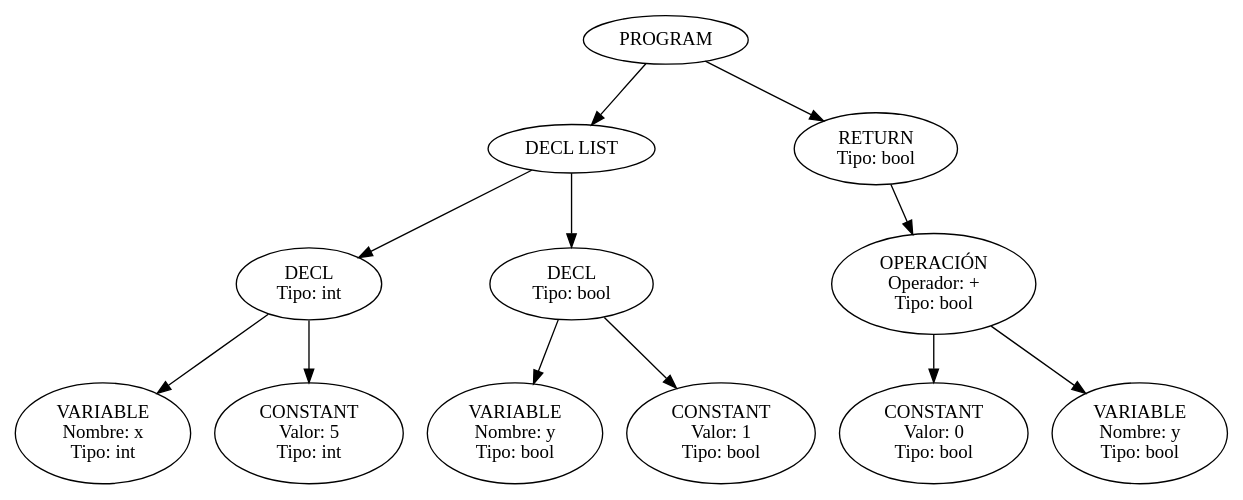
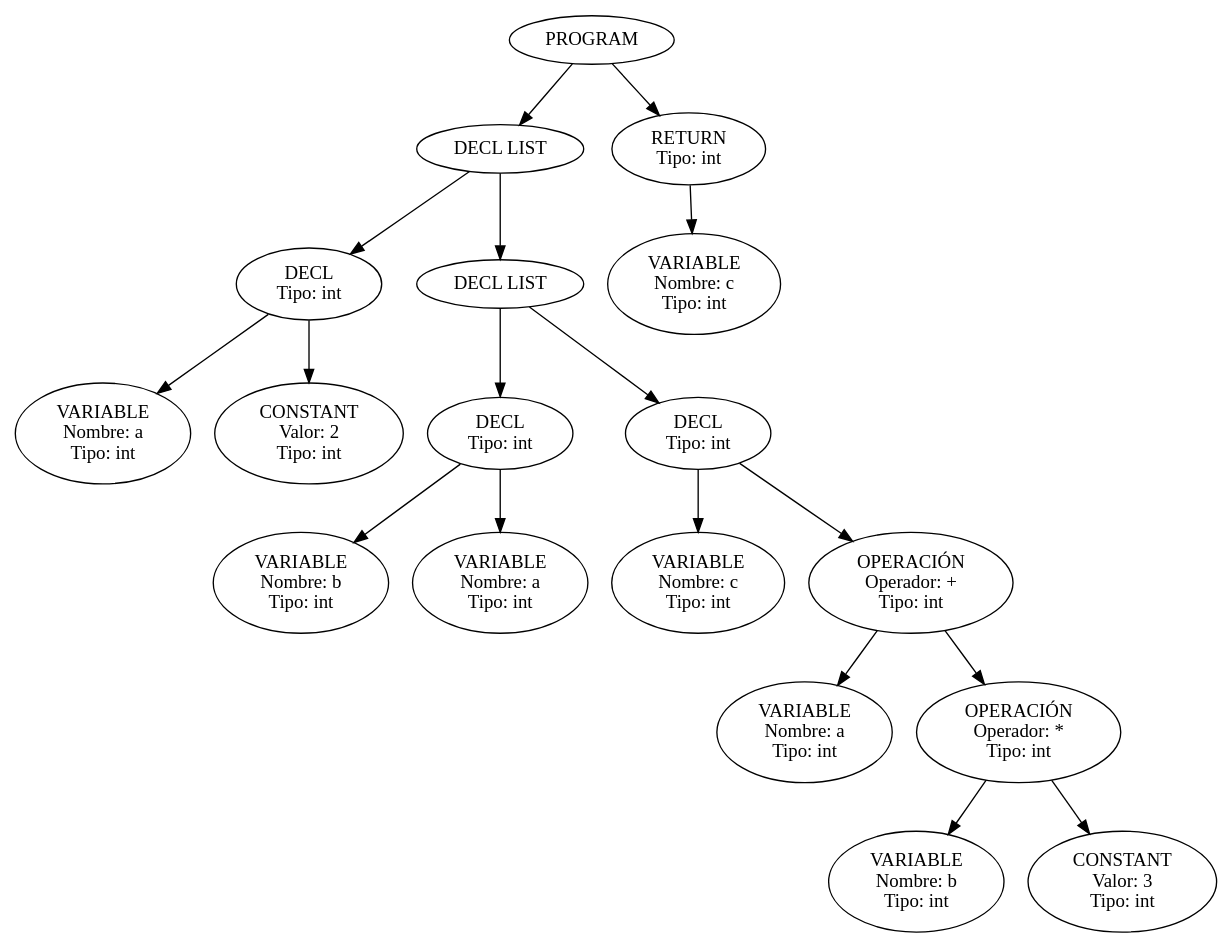
One commit to LucioMansilla/loopi_compiler changed the diagram in ast.dot. Above: the diagram before and after it, drawn with Graphviz. The commit also changed 3 other files, not shown here.

```diff
--- a/ast.dot
+++ b/ast.dot
@@ -1,25 +1,37 @@
 digraph AST {
   0 [label="PROGRAM"];
   1 [label="DECL LIST"];
   2 [label="DECL\nTipo: int"];
-  3 [label="VARIABLE\nNombre: x\nTipo: int"];
+  3 [label="VARIABLE\nNombre: a\nTipo: int"];
   2 -> 3;
-  4 [label="CONSTANT\nValor: 5\nTipo: int"];
+  4 [label="CONSTANT\nValor: 2\nTipo: int"];
   2 -> 4;
   1 -> 2;
-  5 [label="DECL\nTipo: bool"];
-  6 [label="VARIABLE\nNombre: y\nTipo: bool"];
+  5 [label="DECL LIST"];
+  6 [label="DECL\nTipo: int"];
+  7 [label="VARIABLE\nNombre: b\nTipo: int"];
+  6 -> 7;
+  8 [label="VARIABLE\nNombre: a\nTipo: int"];
+  6 -> 8;
   5 -> 6;
-  7 [label="CONSTANT\nValor: 1\nTipo: bool"];
-  5 -> 7;
+  9 [label="DECL\nTipo: int"];
+  10 [label="VARIABLE\nNombre: c\nTipo: int"];
+  9 -> 10;
+  11 [label="OPERACIÓN\nOperador: +\nTipo: int"];
+  12 [label="VARIABLE\nNombre: a\nTipo: int"];
+  11 -> 12;
+  13 [label="OPERACIÓN\nOperador: *\nTipo: int"];
+  14 [label="VARIABLE\nNombre: b\nTipo: int"];
+  13 -> 14;
+  15 [label="CONSTANT\nValor: 3\nTipo: int"];
+  13 -> 15;
+  11 -> 13;
+  9 -> 11;
+  5 -> 9;
   1 -> 5;
   0 -> 1;
-  8 [label="RETURN\nTipo: bool"];
-  9 [label="OPERACIÓN\nOperador: +\nTipo: bool"];
-  10 [label="CONSTANT\nValor: 0\nTipo: bool"];
-  9 -> 10;
-  11 [label="VARIABLE\nNombre: y\nTipo: bool"];
-  9 -> 11;
-  8 -> 9;
-  0 -> 8;
+  16 [label="RETURN\nTipo: int"];
+  17 [label="VARIABLE\nNombre: c\nTipo: int"];
+  16 -> 17;
+  0 -> 16;
 }
```
